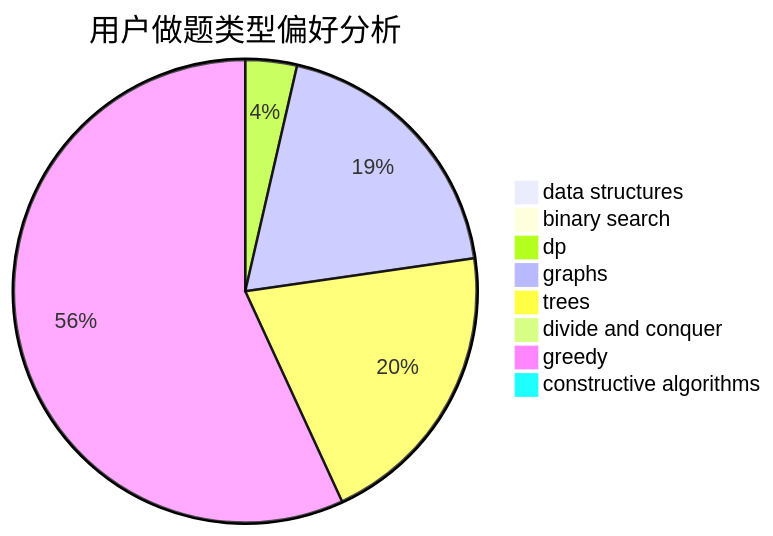
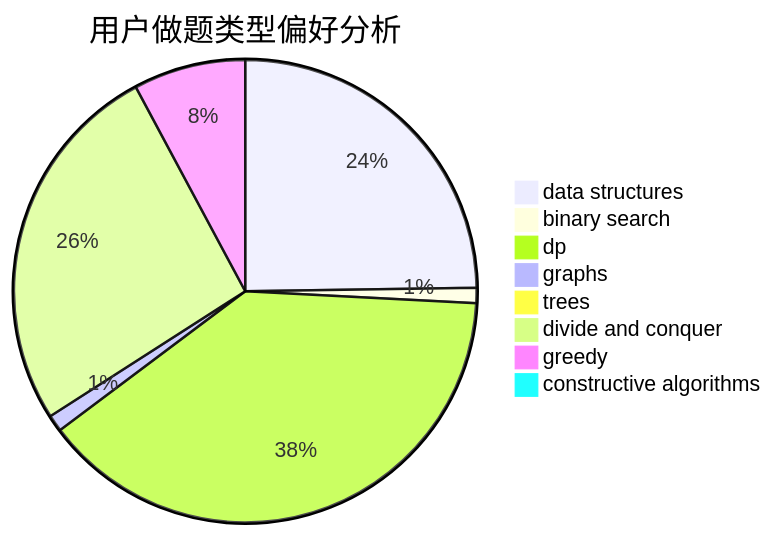
The second of 3 diagrams in docs/user/u2639.md (sherpahu/cfrs.github.io), drawn with Mermaid before and after one commit. The commit also changed other lines of this file and 2770 other files, not shown here.

````diff
--- a/docs/user/u2639.md
+++ b/docs/user/u2639.md
@@ -23,11 +23,11 @@
 ```mermaid
 pie title 用户做题类型偏好分析
-    "data structures" :  1
-    "binary search" :  3
-    "dp" :  28
-    "graphs" :  149
-    "trees" :  159
-    "divide and conquer" :  0
-    "greedy" :  443
+    "data structures" :  234
+    "binary search" :  10
+    "dp" :  368
+    "graphs" :  11
+    "trees" :  6
+    "divide and conquer" :  248
+    "greedy" :  74
     "constructive algorithms" :  5
 ```
````
